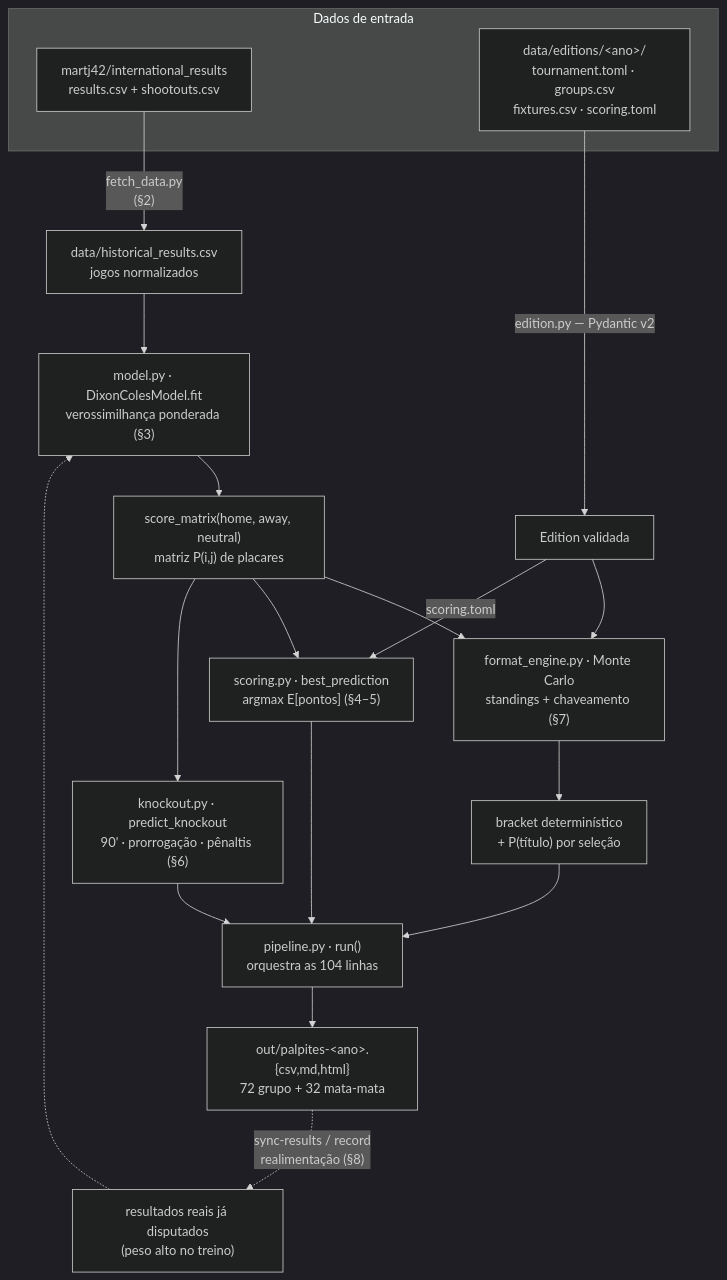
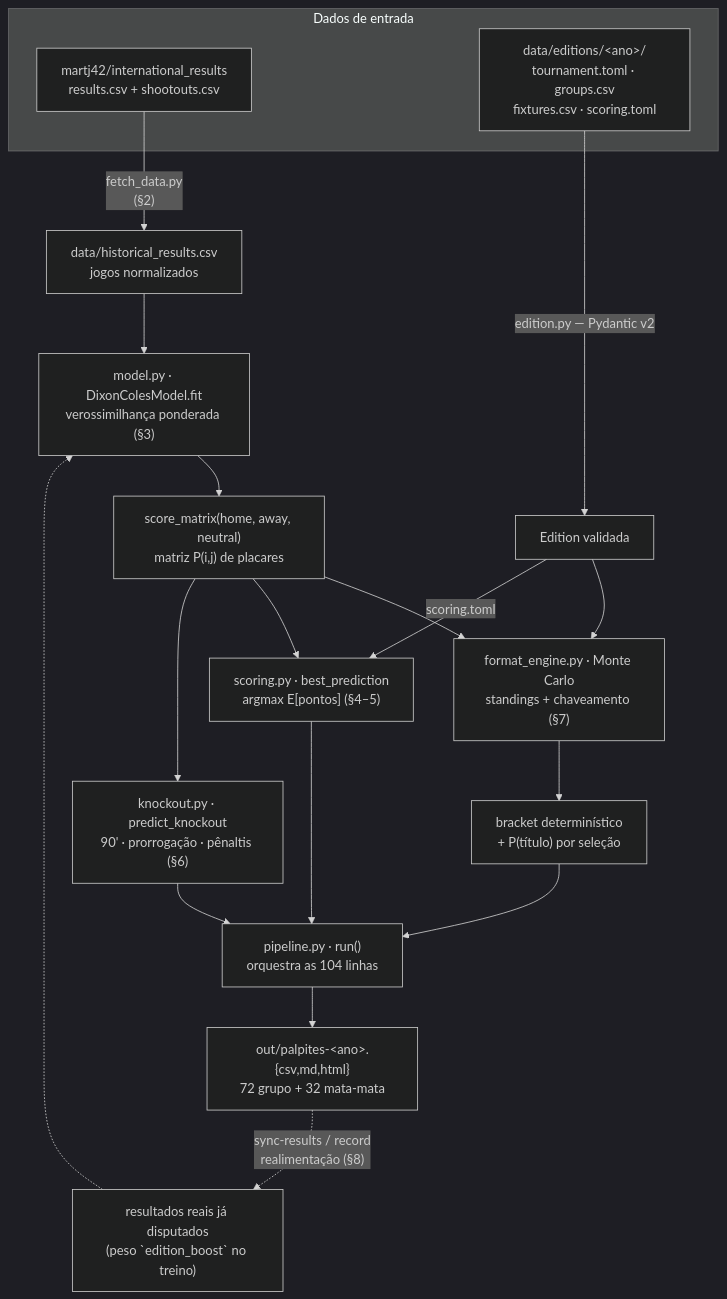
The diagram in docs/SPEC.md (marcovillar-br/worldcup), drawn with Mermaid (dark theme) before and after one commit. The commit also changed other lines of this file and 9 other files, not shown here.

````diff
--- a/docs/SPEC.md
+++ b/docs/SPEC.md
@@ -18,29 +18,29 @@
 ```mermaid
 flowchart TD
     subgraph entrada["Dados de entrada"]
         H["martj42/international_results<br/>results.csv + shootouts.csv"]
         E["data/editions/&lt;ano&gt;/<br/>tournament.toml · groups.csv<br/>fixtures.csv · scoring.toml"]
     end
 
     H -->|"fetch_data.py<br/>(§2)"| HIST["data/historical_results.csv<br/>jogos normalizados"]
     E -->|"edition.py — Pydantic v2"| ED["Edition validada"]
 
     HIST --> FIT["model.py · DixonColesModel.fit<br/>verossimilhança ponderada (§3)"]
-    REAL["resultados reais já disputados<br/>(peso alto no treino)"] -.-> FIT
+    REAL["resultados reais já disputados<br/>(peso `edition_boost` no treino)"] -.-> FIT
     FIT --> MAT["score_matrix(home, away, neutral)<br/>matriz P(i,j) de placares"]
 
     MAT --> SIM["format_engine.py · Monte Carlo<br/>standings + chaveamento (§7)"]
     ED --> SIM
     SIM --> BR["bracket determinístico<br/>+ P(título) por seleção"]
 
     MAT --> SC["scoring.py · best_prediction<br/>argmax E[pontos] (§4–5)"]
     MAT --> KO["knockout.py · predict_knockout<br/>90' · prorrogação · pênaltis (§6)"]
     ED -->|"scoring.toml"| SC
 
     SC --> PIPE["pipeline.py · run()<br/>orquestra as 104 linhas"]
     KO --> PIPE
     BR --> PIPE
     PIPE --> OUT["out/palpites-&lt;ano&gt;.{csv,md,html}<br/>72 grupo + 32 mata-mata"]
 
     OUT -.->|"sync-results / record<br/>realimentação (§8)"| REAL
 ```
````
